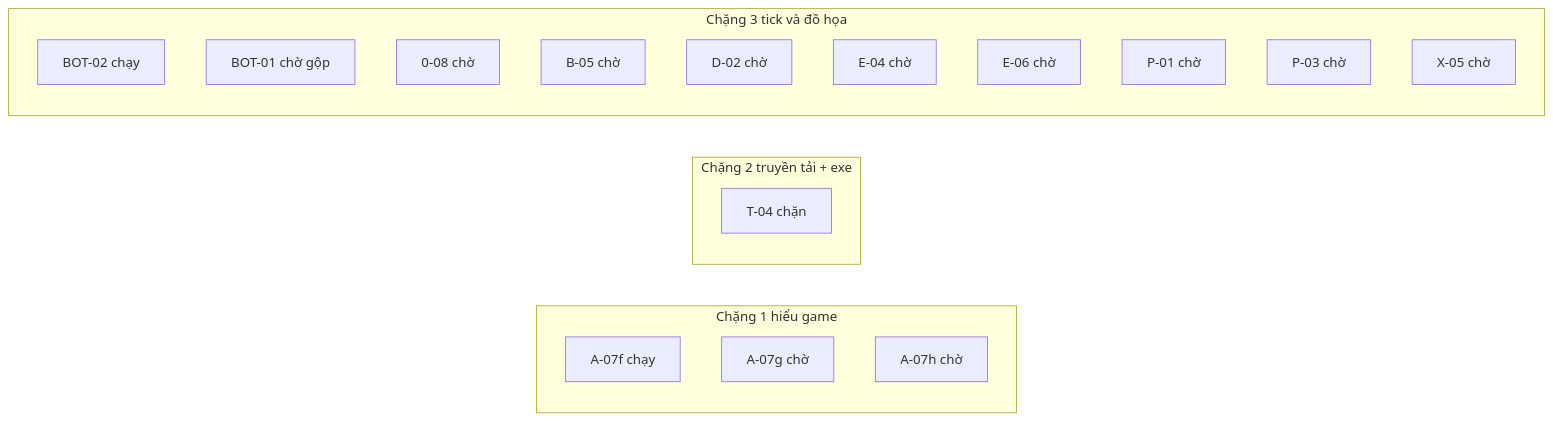
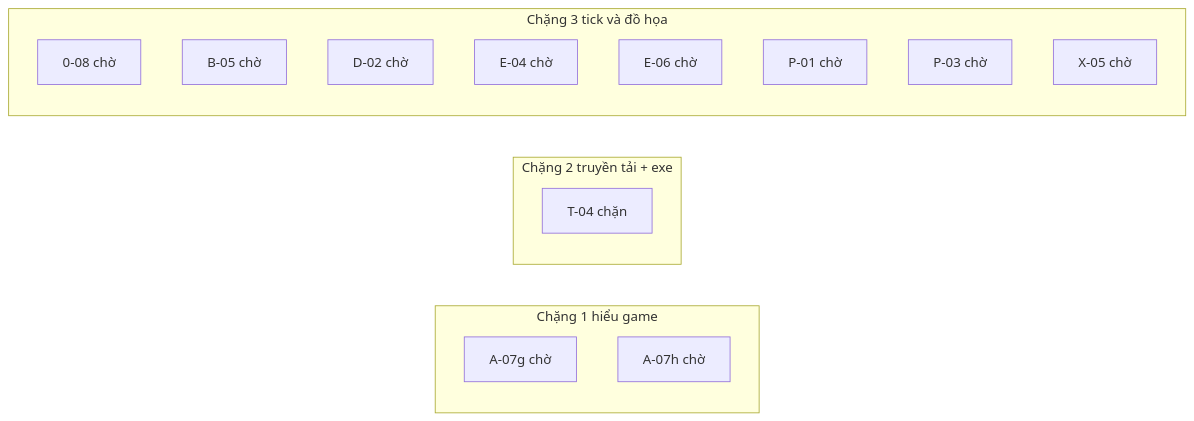
Before and after one commit to ndtangoss-dev/jx1-reports: the diagram in JX1_OPS/STATE/TIEN-DO.md, drawn with Mermaid. The commit also changed other lines of this file and 1 other file, not shown here.

Commit message:
BOT-02: set_status done

````diff
--- a/JX1_OPS/STATE/TIEN-DO.md
+++ b/JX1_OPS/STATE/TIEN-DO.md
@@ -9,23 +9,20 @@
 ```mermaid
 flowchart LR
   subgraph S1["Chặng 1 hiểu game"]
-    A_07f["A-07f chạy"]
     A_07g["A-07g chờ"]
     A_07h["A-07h chờ"]
   end
   subgraph S2["Chặng 2 truyền tải + exe"]
     T_04["T-04 chặn"]
   end
   subgraph S3["Chặng 3 tick và đồ họa"]
-    BOT_02["BOT-02 chạy"]
-    BOT_01["BOT-01 chờ gộp"]
     0_08["0-08 chờ"]
     B_05["B-05 chờ"]
     D_02["D-02 chờ"]
     E_04["E-04 chờ"]
     E_06["E-06 chờ"]
     P_01["P-01 chờ"]
     P_03["P-03 chờ"]
     X_05["X-05 chờ"]
   end
 ```
````
